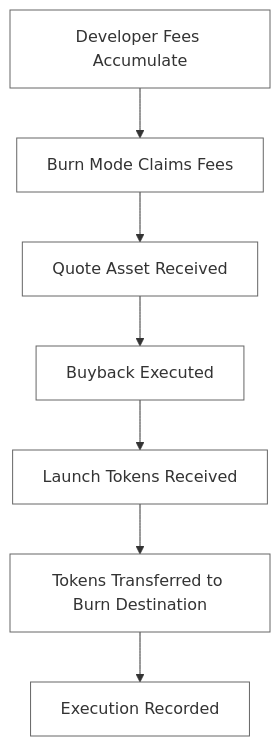
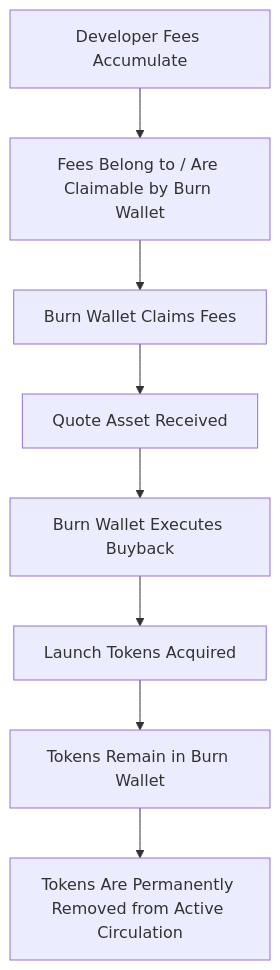
One commit to Horsaeshit/test changed the second of 7 diagrams in README.md. Above: the diagram before and after it, drawn with Mermaid. The commit also changed other lines of this file, not shown here.

````diff
--- a/README.md
+++ b/README.md
@@ -69,25 +126,19 @@
 ```mermaid
 flowchart TD
     A["Developer Fees Accumulate"]
-    B["Burn Mode Claims Fees"]
-    C["Quote Asset Received"]
-    D["Buyback Executed"]
-    E["Launch Tokens Received"]
-    F["Tokens Transferred to Burn Destination"]
-    G["Execution Recorded"]
+    B["Fees Belong to / Are Claimable by Burn Wallet"]
+    C["Burn Wallet Claims Fees"]
+    D["Quote Asset Received"]
+    E["Burn Wallet Executes Buyback"]
+    F["Launch Tokens Acquired"]
+    G["Tokens Remain in Burn Wallet"]
+    H["Tokens Are Permanently Removed from Active Circulation"]
 
     A --> B
     B --> C
     C --> D
     D --> E
     E --> F
     F --> G
-
-    style A fill:none,stroke:#666
-    style B fill:none,stroke:#666
-    style C fill:none,stroke:#666
-    style D fill:none,stroke:#666
-    style E fill:none,stroke:#666
-    style F fill:none,stroke:#666
-    style G fill:none,stroke:#666
+    G --> H
 ```
````
